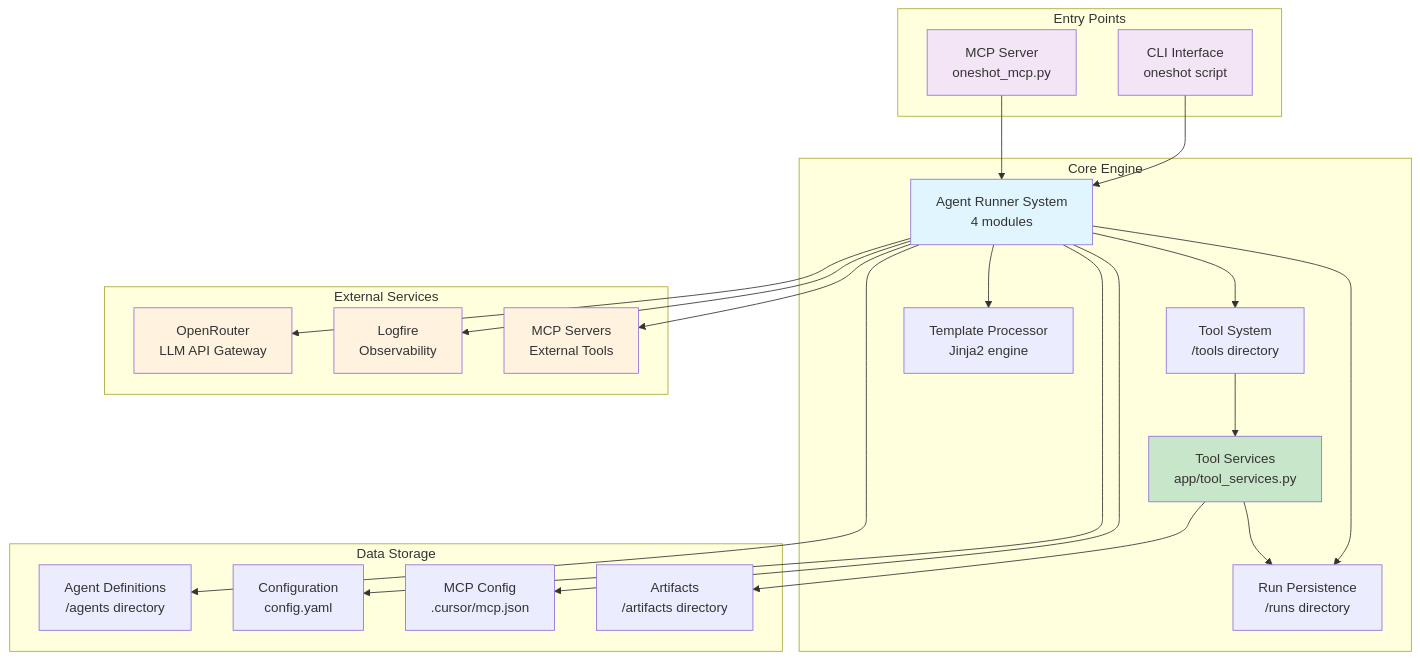
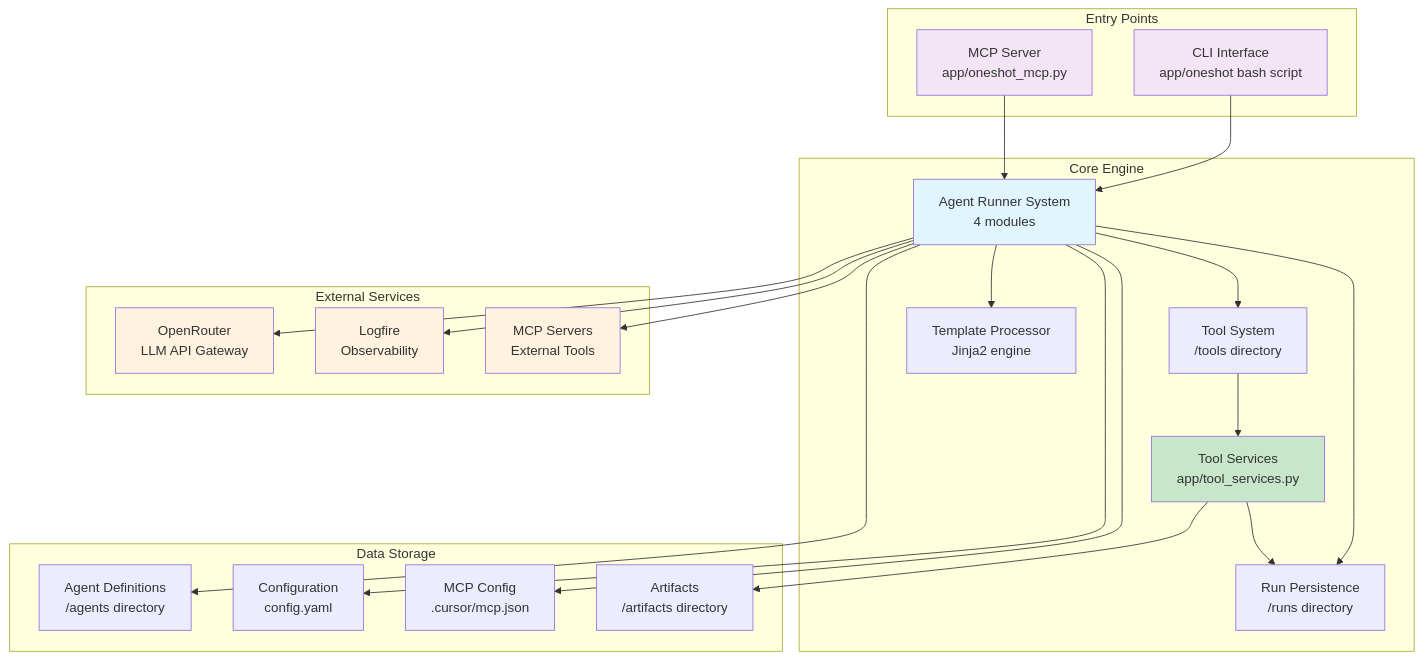
The first of 7 diagrams in app/guides/how_oneshot_works.md (zenprotheos/agentoptimizer), drawn with Mermaid before and after one commit. The commit also changed other lines of this file and 27 other files, not shown here.

Commit message:
Relocated the oneshot mcp and bash script to the app dir

````diff
--- a/app/guides/how_oneshot_works.md
+++ b/app/guides/how_oneshot_works.md
@@ -24,51 +24,51 @@
 ```mermaid
 graph TB
     subgraph "Entry Points"
-        CLI[CLI Interface<br/>oneshot script]
-        MCP[MCP Server<br/>oneshot_mcp.py]
+        CLI[CLI Interface<br/>app/oneshot bash script]
+        MCP[MCP Server<br/>app/oneshot_mcp.py]
     end
     
     subgraph "Core Engine"
         AR[Agent Runner System<br/>4 modules]
         TS[Tool System<br/>/tools directory]
         TSV[Tool Services<br/>app/tool_services.py]
         RP[Run Persistence<br/>/runs directory]
         TP[Template Processor<br/>Jinja2 engine]
     end
     
     subgraph "External Services"
         OR[OpenRouter<br/>LLM API Gateway]
         LF[Logfire<br/>Observability]
         MCPS[MCP Servers<br/>External Tools]
     end
     
     subgraph "Data Storage"
         AD[Agent Definitions<br/>/agents directory]
         CF[Configuration<br/>config.yaml]
         MC[MCP Config<br/>.cursor/mcp.json]
         AF[Artifacts<br/>/artifacts directory]
     end
     
     CLI --> AR
     MCP --> AR
     AR --> TS
     TS --> TSV
     AR --> RP
     AR --> TP
     AR --> OR
     AR --> LF
     AR --> MCPS
     AR --> AD
     AR --> CF
     AR --> MC
     TSV --> AF
     TSV --> RP
     
     style AR fill:#e1f5fe
     style TSV fill:#c8e6c9
     style CLI fill:#f3e5f5
     style MCP fill:#f3e5f5
     style OR fill:#fff3e0
     style LF fill:#fff3e0
     style MCPS fill:#fff3e0
 ```
````
